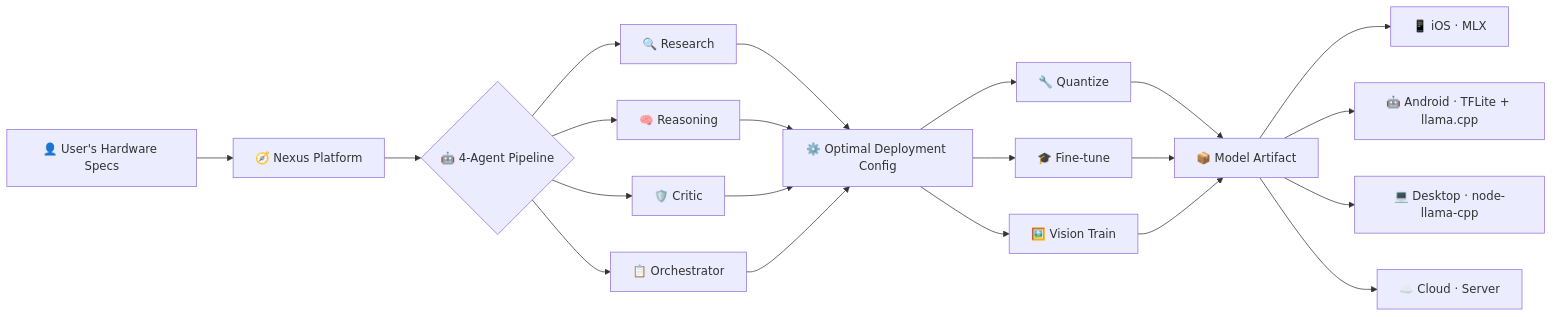
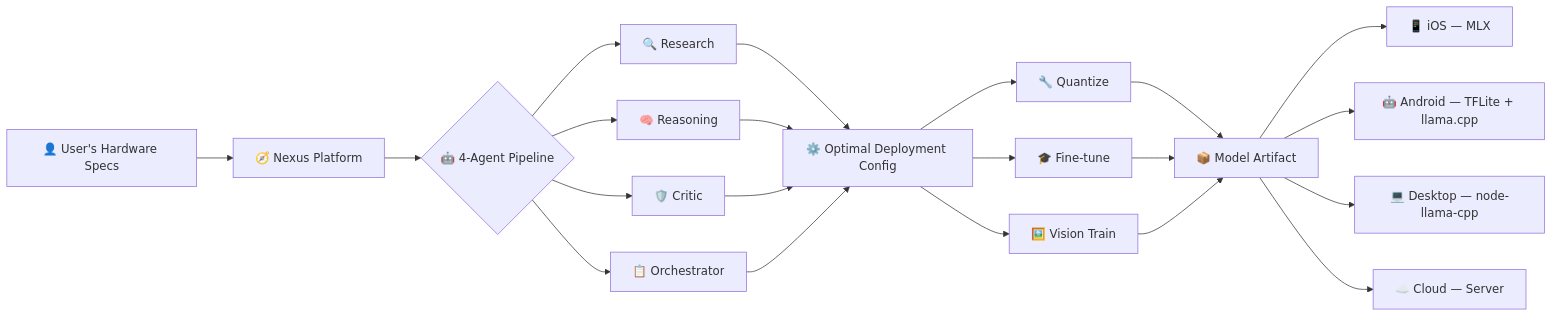
The diagram in README.md (qpiai/nexus), drawn with Mermaid before and after one commit. The commit also changed other lines of this file, not shown here.

````diff
--- a/README.md
+++ b/README.md
@@ -134,23 +134,23 @@
 ```mermaid
 graph LR
-    A[👤 User's Hardware Specs] --> B[🧭 Nexus Platform]
-    B --> C{🤖 4-Agent Pipeline}
-    C --> D[🔍 Research]
-    C --> E[🧠 Reasoning]
-    C --> F[🛡️ Critic]
-    C --> G[📋 Orchestrator]
-    D --> H[⚙️ Optimal Deployment Config]
+    A["👤 User's Hardware Specs"] --> B["🧭 Nexus Platform"]
+    B --> C{"🤖 4-Agent Pipeline"}
+    C --> D["🔍 Research"]
+    C --> E["🧠 Reasoning"]
+    C --> F["🛡️ Critic"]
+    C --> G["📋 Orchestrator"]
+    D --> H["⚙️ Optimal Deployment Config"]
     E --> H
     F --> H
     G --> H
-    H --> I[🔧 Quantize]
-    H --> J[🎓 Fine-tune]
-    H --> K[🖼️ Vision Train]
-    I --> L[📦 Model Artifact]
+    H --> I["🔧 Quantize"]
+    H --> J["🎓 Fine-tune"]
+    H --> K["🖼️ Vision Train"]
+    I --> L["📦 Model Artifact"]
     J --> L
     K --> L
-    L --> M[📱 iOS · MLX]
-    L --> N[🤖 Android · TFLite + llama.cpp]
-    L --> O[💻 Desktop · node-llama-cpp]
-    L --> P[☁️ Cloud · Server]
+    L --> M["📱 iOS — MLX"]
+    L --> N["🤖 Android — TFLite + llama.cpp"]
+    L --> O["💻 Desktop — node-llama-cpp"]
+    L --> P["☁️ Cloud — Server"]
 ```
````
